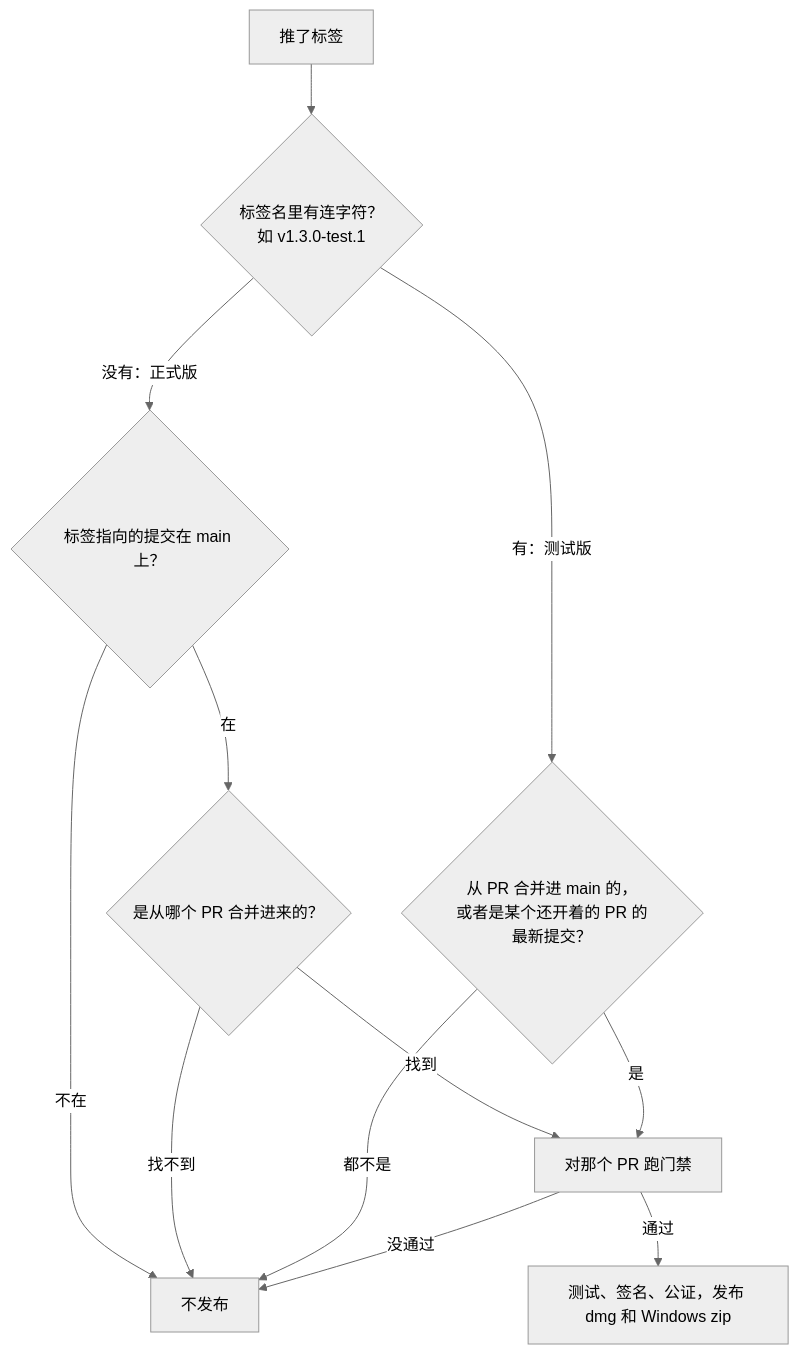
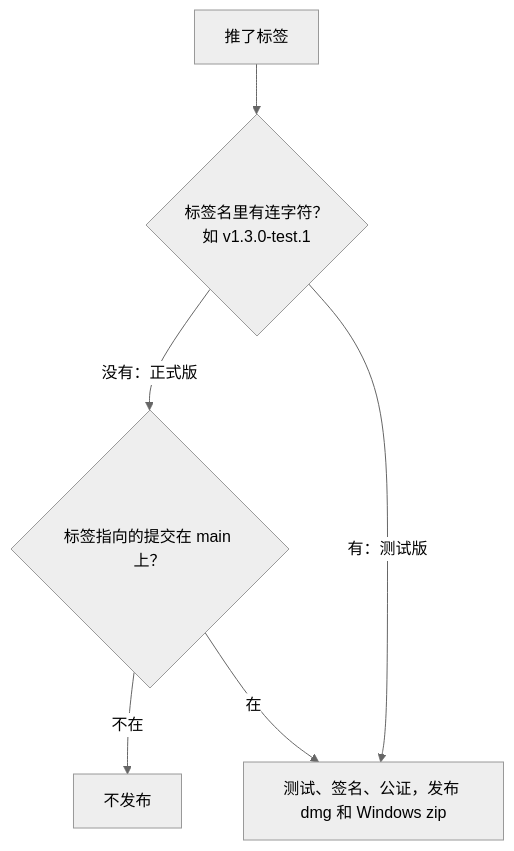
Before and after one commit to chunbin1/health-trail: the third of 3 diagrams in docs/ai-review-flow.md, drawn with Mermaid (neutral theme). The commit also changed other lines of this file and 3 other files, not shown here.

````diff
--- a/docs/ai-review-flow.md
+++ b/docs/ai-review-flow.md
@@ -47,14 +47,8 @@
 ```mermaid
 flowchart TD
     T["推了标签"] --> D{"标签名里有连字符？<br/>如 v1.3.0-test.1"}
     D -->|"没有：正式版"| MAIN{"标签指向的提交在 main 上？"}
     MAIN -->|"不在"| X1["不发布"]
-    MAIN -->|"在"| PR1{"是从哪个 PR 合并进来的？"}
-    PR1 -->|"找不到"| X1
-    PR1 -->|"找到"| GATE["对那个 PR 跑门禁"]
-    D -->|"有：测试版"| PR2{"从 PR 合并进 main 的，<br/>或者是某个还开着的 PR 的最新提交？"}
-    PR2 -->|"都不是"| X1
-    PR2 -->|"是"| GATE
-    GATE -->|"通过"| BUILD["测试、签名、公证，发布 dmg 和 Windows zip"]
-    GATE -->|"没通过"| X1
+    MAIN -->|"在"| BUILD["测试、签名、公证，发布 dmg 和 Windows zip"]
+    D -->|"有：测试版"| BUILD
 ```
````
